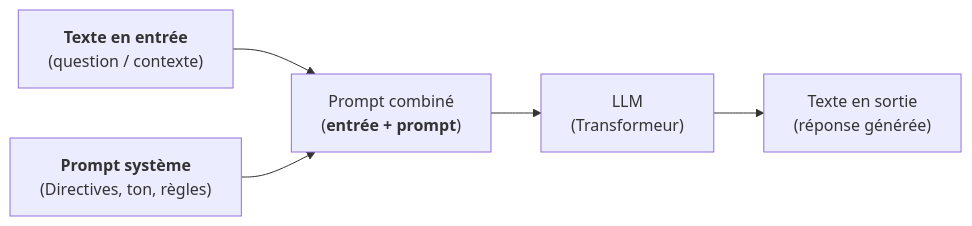
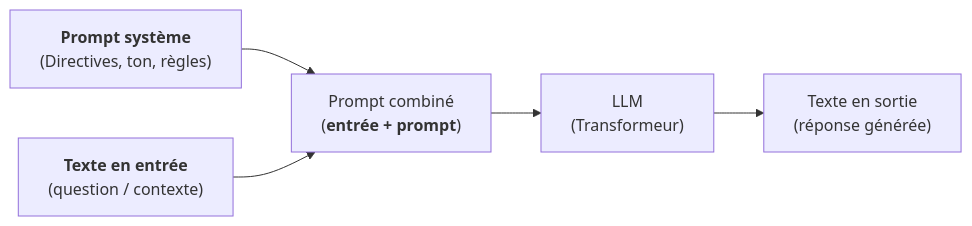
One commit to mborne/mborne.github.io changed the second of 3 diagrams in docs/fiches/llm/index.md. Above: the diagram before and after it, drawn with Mermaid. The commit also changed other lines of this file, not shown here.

````diff
--- a/docs/fiches/llm/index.md
+++ b/docs/fiches/llm/index.md
@@ -48,13 +49,13 @@
 ```mermaid
 graph LR
   IN["<b>Texte en entrée</b><br />(question / contexte)"]
   PS["<b>Prompt système</b><br />(Directives, ton, règles)"]
   COM["Prompt combiné<br />(<b>entrée + prompt</b>)"]
   LLM["LLM<br />(Transformeur)"]
   OUT["Texte en sortie<br />(réponse générée)"]
 
+  PS --> COM
   IN --> COM
-  PS --> COM
   COM --> LLM
   LLM --> OUT
 ```
````
